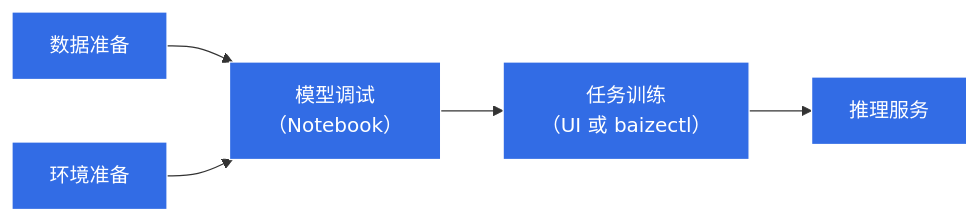
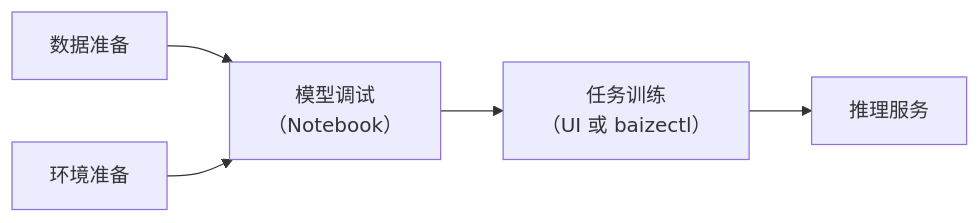
The diagram in docs/zh/docs/baize/best-practice/finetunel-llm.md (DaoCloud/DaoCloud-docs), drawn with Mermaid before and after one commit. The commit also changed 1 other file, not shown here.

Commit message:
fix text color in mermaid (#6354)

````diff
--- a/docs/zh/docs/baize/best-practice/finetunel-llm.md
+++ b/docs/zh/docs/baize/best-practice/finetunel-llm.md
@@ -8,13 +8,11 @@
 ```mermaid
 graph LR
   A[数据准备] --> B[模型调试<br>（Notebook）]
   C[环境准备] --> B
   B --> D[任务训练<br>（UI 或 baizectl）]
   D --> E[推理服务]
 
 classDef plain fill:#ddd,stroke:#fff,stroke-width:1px,color:#000;
 classDef k8s fill:#326ce5,stroke:#fff,stroke-width:1px,color:#fff;
 classDef cluster fill:#fff,stroke:#bbb,stroke-width:1px,color:#326ce5;
-
-class A,B,C,D,E k8s
 ```
````
